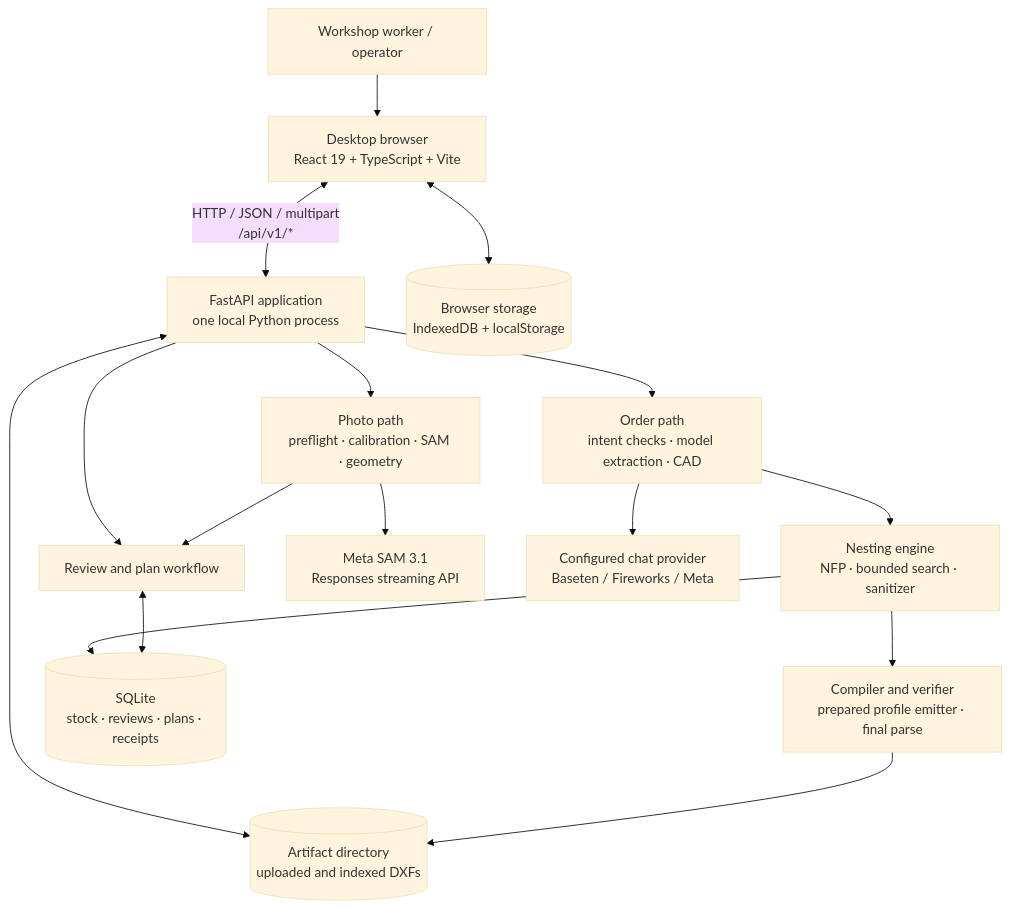
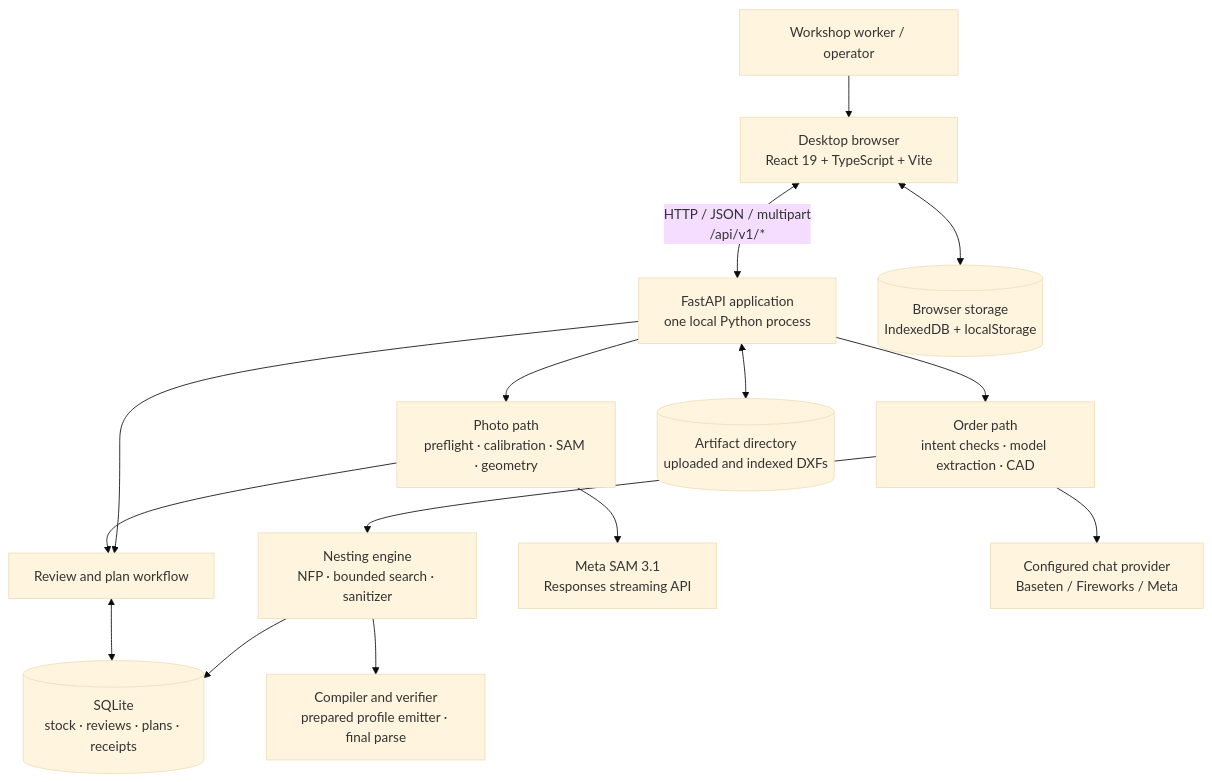
The first of 9 diagrams in ARCHITECTURE.md (nikunjtrehan/remnant-x), drawn with Mermaid (base theme) before and after one commit. The commit also changed other lines of this file, not shown here.

````diff
--- a/ARCHITECTURE.md
+++ b/ARCHITECTURE.md
@@ -23,31 +23,30 @@
 ```mermaid
 flowchart TB
     Worker["Workshop worker / operator"]
     Browser["Desktop browser<br/>React 19 + TypeScript + Vite"]
     API["FastAPI application<br/>one local Python process"]
     Photo["Photo path<br/>preflight · calibration · SAM · geometry"]
     Order["Order path<br/>intent checks · model extraction · CAD"]
     Nest["Nesting engine<br/>NFP · bounded search · sanitizer"]
     Gcode["Compiler and verifier<br/>prepared profile emitter · final parse"]
     Review["Review and plan workflow"]
     DB[("SQLite<br/>stock · reviews · plans · receipts")]
     Files[("Artifact directory<br/>uploaded and indexed DXFs")]
     BrowserStore[("Browser storage<br/>IndexedDB + localStorage")]
     SAM["Meta SAM 3.1<br/>Responses streaming API"]
     Models["Configured chat provider<br/>Baseten / Fireworks / Meta"]
     Worker --> Browser
     Browser <--> |"HTTP / JSON / multipart<br/>/api/v1/*"| API
     Browser <--> BrowserStore
     API --> Photo
     API --> Order
     Order --> Nest
     Nest --> Gcode
     Photo --> SAM
     Order --> Models
     Photo --> Review
     API --> Review
     Review <--> DB
     Nest --> DB
-    Gcode --> Files
     API <--> Files
 ```
````
